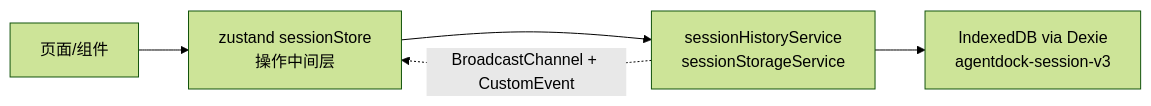
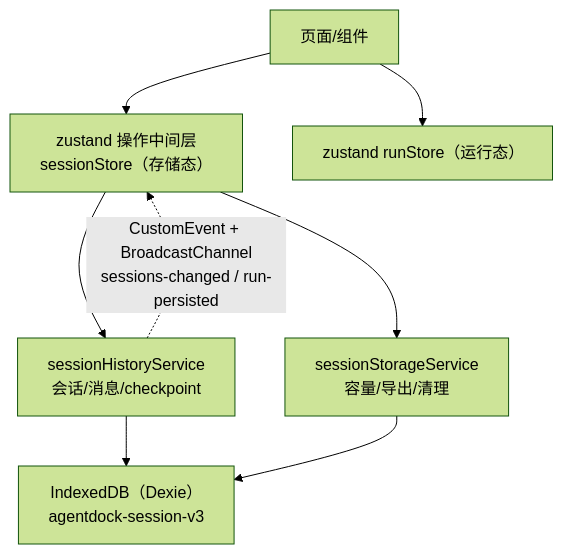
One commit to CurrentTi1024/AgentDock changed the first of 4 diagrams in docs/design/chat-indexeddb-storage.md. Above: the diagram before and after it, drawn with Mermaid (forest theme). The commit also changed other lines of this file, not shown here.

First line of the commit message:
docs(storage): 重写 IndexedDB 存储文档为机制/架构详解

````diff
--- a/docs/design/chat-indexeddb-storage.md
+++ b/docs/design/chat-indexeddb-storage.md
@@ -24,7 +84,10 @@
 ```mermaid
-flowchart LR
-  UI[页面/组件] --> Store[zustand sessionStore<br/>操作中间层]
-  Store --> Service[sessionHistoryService<br/>sessionStorageService]
-  Service --> Dexie[IndexedDB via Dexie<br/>agentdock-session-v3]
-  Service -. BroadcastChannel + CustomEvent .-> Store
+flowchart TB
+  UI[页面/组件] --> Store["zustand 操作中间层<br/>sessionStore（存储态）"]
+  UI --> RunStore["zustand runStore（运行态）"]
+  Store --> History["sessionHistoryService<br/>会话/消息/checkpoint"]
+  Store --> Storage["sessionStorageService<br/>容量/导出/清理"]
+  History --> Dexie["IndexedDB（Dexie）<br/>agentdock-session-v3"]
+  Storage --> Dexie
+  History -. "CustomEvent + BroadcastChannel<br/>sessions-changed / run-persisted" .-> Store
 ```
````
